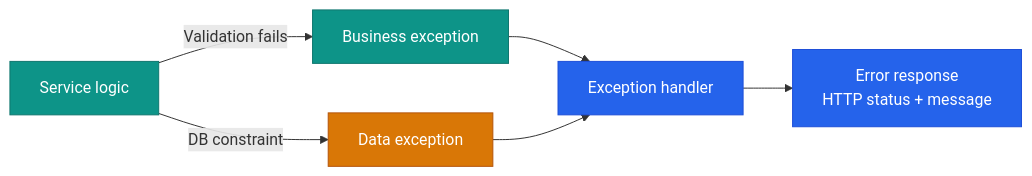
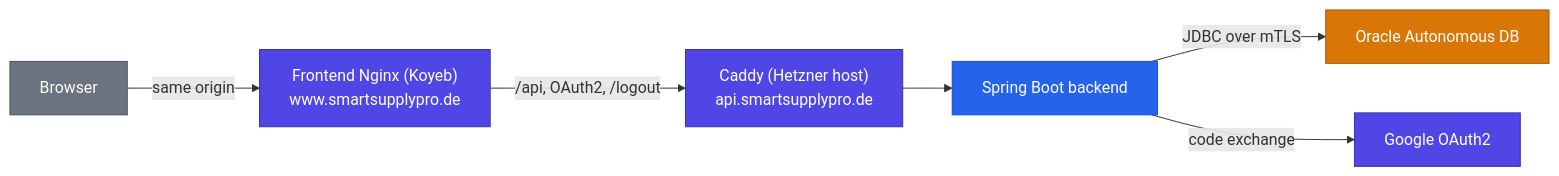
The diagram in docs/backend/architecture/overview.md (Keglev/inventory-service), drawn with Mermaid before and after one commit. The commit also changed other lines of this file and 1 other file, not shown here.

First line of the commit message:
docs(backend): rewrite both overview pages as a summary of the arc42 pages (#542)

````diff
--- a/docs/backend/architecture/overview.md
+++ b/docs/backend/architecture/overview.md
@@ -144,18 +21,20 @@
 ```mermaid
 flowchart LR
-  Service["Service logic"]:::service
-  BusinessEx["Business exception"]:::service
-  DataEx["Data exception"]:::repository
-  Handler["Exception handler"]:::controller
-  Response["Error response\nHTTP status + message"]:::controller
+  Browser["Browser"]:::actor
+  Nginx["Frontend Nginx (Koyeb)\nwww.smartsupplypro.de"]:::external
+  Caddy["Caddy (Hetzner host)\napi.smartsupplypro.de"]:::external
+  App["Spring Boot backend"]:::controller
+  Oracle["Oracle Autonomous DB"]:::repository
+  Google["Google OAuth2"]:::external
 
-  Service -->|Validation fails| BusinessEx
-  Service -->|DB constraint| DataEx
-  BusinessEx --> Handler
-  DataEx --> Handler
-  Handler --> Response
+  Browser -->|same origin| Nginx
+  Nginx -->|/api, OAuth2, /logout| Caddy
+  Caddy --> App
+  App -->|JDBC over mTLS| Oracle
+  App -->|code exchange| Google
 
+  classDef actor      fill:#6b7280,color:#fff,stroke:#4b5563;
   classDef controller fill:#2563eb,color:#fff,stroke:#1d4ed8;
-  classDef service    fill:#0d9488,color:#fff,stroke:#0f766e;
   classDef repository fill:#d97706,color:#fff,stroke:#b45309;
+  classDef external   fill:#4f46e5,color:#fff,stroke:#3730a3;
 ```
````
